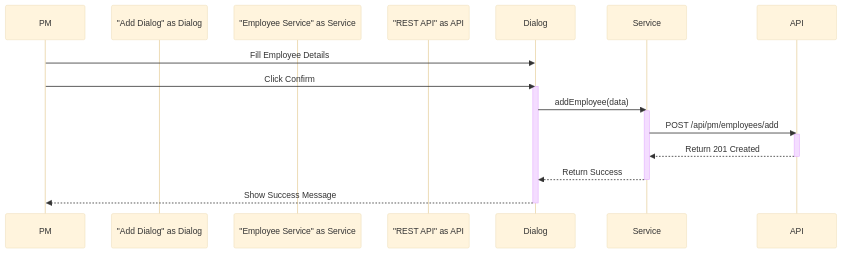
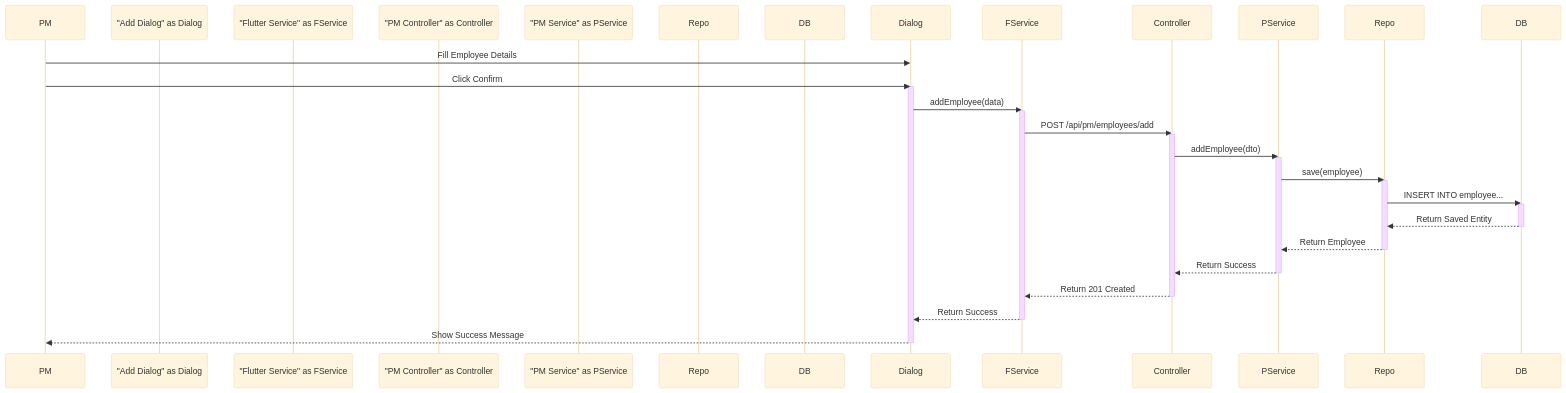
One commit to AmirtterK/human-resources-management changed the fourth of 9 diagrams in diagrams/04_Chapter2_Modeling.md. Above: the diagram before and after it, drawn with Mermaid (base theme). The commit also changed other lines of this file and 2 other files, not shown here.

````diff
--- a/diagrams/04_Chapter2_Modeling.md
+++ b/diagrams/04_Chapter2_Modeling.md
@@ -141,24 +169,39 @@
 ```mermaid
 sequenceDiagram
     participant PM
     participant "Add Dialog" as Dialog
-    participant "Employee Service" as Service
-    participant "REST API" as API
+    participant "Flutter Service" as FService
+    participant "PM Controller" as Controller
+    participant "PM Service" as PService
+    participant "Repository" as Repo
+    participant "PostgreSQL" as DB
 
     PM->>Dialog: Fill Employee Details
     PM->>Dialog: Click Confirm
     activate Dialog
-    Dialog->>Service: addEmployee(data)
-    activate Service
+    Dialog->>FService: addEmployee(data)
+    activate FService
     
-    Service->>API: POST /api/pm/employees/add
-    activate API
-    API-->>Service: Return 201 Created
-    deactivate API
+    FService->>Controller: POST /api/pm/employees/add
+    activate Controller
+    Controller->>PService: addEmployee(dto)
+    activate PService
+    PService->>Repo: save(employee)
+    activate Repo
+    Repo->>DB: INSERT INTO employee...
+    activate DB
+    DB-->>Repo: Return Saved Entity
+    deactivate DB
+    Repo-->>PService: Return Employee
+    deactivate Repo
+    PService-->>Controller: Return Success
+    deactivate PService
+    Controller-->>FService: Return 201 Created
+    deactivate Controller
     
-    Service-->>Dialog: Return Success
-    deactivate Service
+    FService-->>Dialog: Return Success
+    deactivate FService
     
     Dialog-->>PM: Show Success Message
     deactivate Dialog
 ```
````
